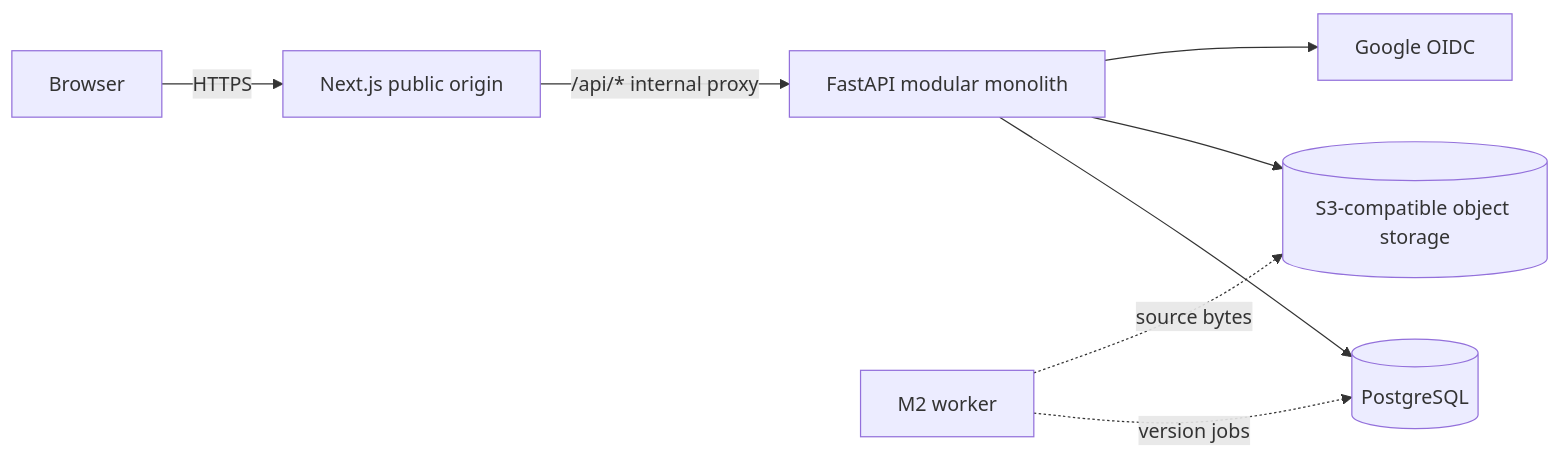
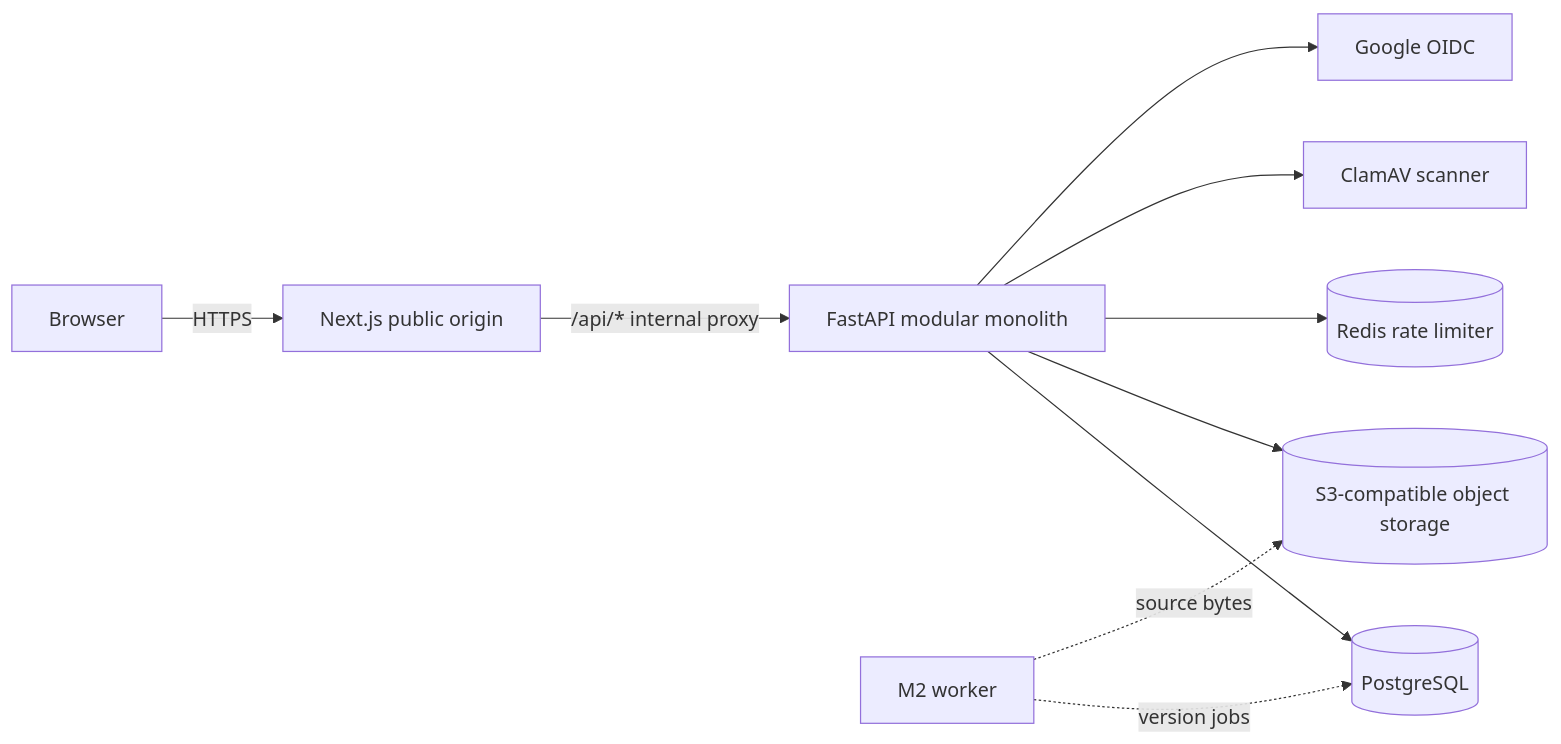
The diagram in docs/architecture/ARCHITECTURE.md (mad-futurist/readyset_platform), drawn with Mermaid before and after one commit. The commit also changed other lines of this file and 57 other files, not shown here.

````diff
--- a/docs/architecture/ARCHITECTURE.md
+++ b/docs/architecture/ARCHITECTURE.md
@@ -7,10 +7,12 @@
 ```mermaid
 flowchart LR
   Browser[Browser] -->|HTTPS| Web[Next.js public origin]
   Web -->|/api/* internal proxy| API[FastAPI modular monolith]
   API --> DB[(PostgreSQL)]
   API --> Store[(S3-compatible object storage)]
+  API --> Redis[(Redis rate limiter)]
+  API --> Scanner[ClamAV scanner]
   API --> Google[Google OIDC]
   Worker[M2 worker] -. version jobs .-> DB
   Worker -. source bytes .-> Store
 ```
````
